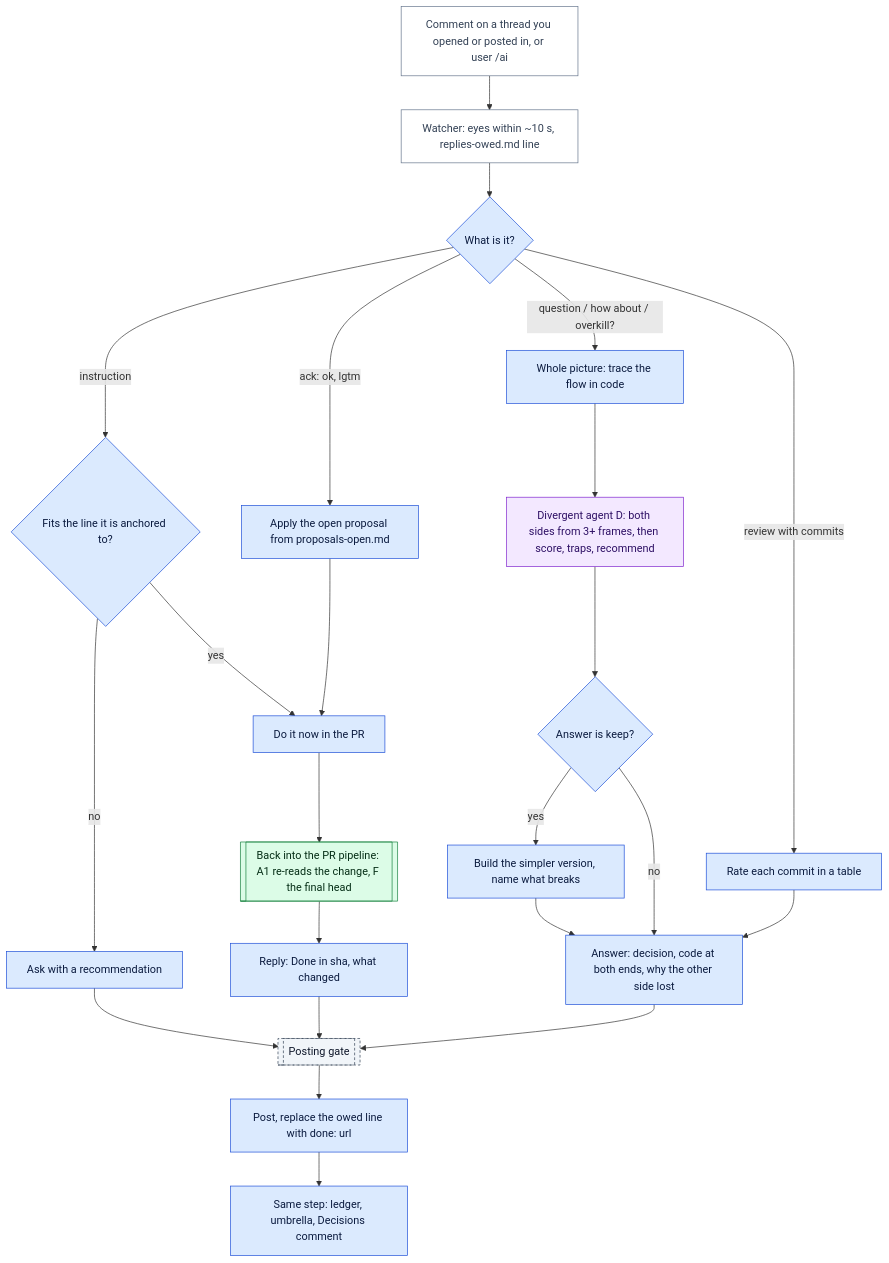
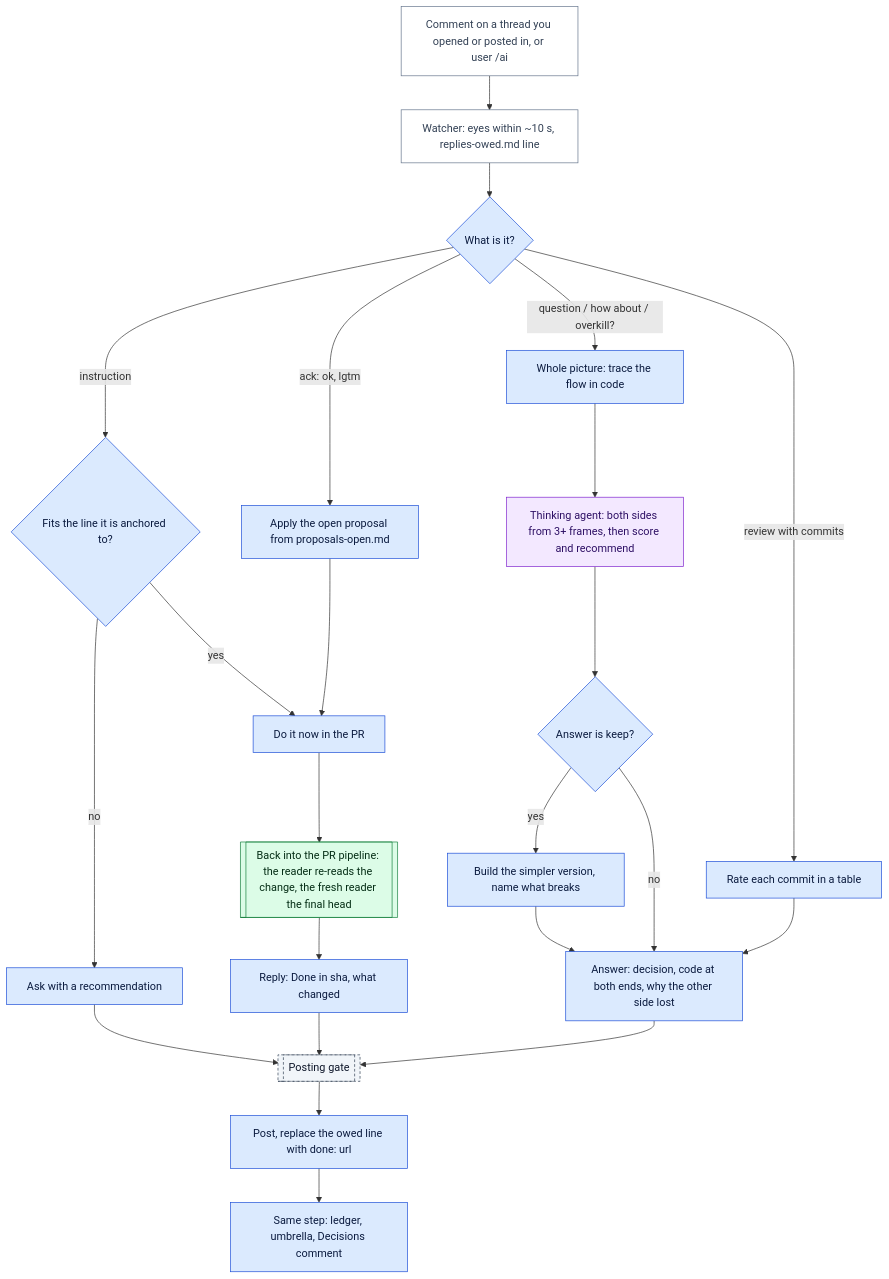
Before and after one commit to nitedani/mergeworthy: the diagram in docs/graphs/4-comment.mmd, drawn with Mermaid. The commit also changed 20 other files, not shown here.

```diff
--- a/docs/graphs/4-comment.mmd
+++ b/docs/graphs/4-comment.mmd
@@ -1,21 +1,21 @@
 flowchart TB
   E[Comment on a thread you opened or posted in, or user /ai]:::ext --> EYES[Watcher: eyes within ~10 s, replies-owed.md line]:::ext
   EYES --> K{What is it?}:::main
   K -->|instruction| FIT{Fits the line it is anchored to?}:::main
   FIT -->|no| ASK[Ask with a recommendation]:::main --> GATE
-  FIT -->|yes| DO[Do it now in the PR]:::main --> RE[[Back into the PR pipeline: A1 re-reads the change, F the final head]]:::reader --> DONE[Reply: Done in sha, what changed]:::main
-  K -->|question / how about / overkill?| PIC[Whole picture: trace the flow in code]:::main --> D[Divergent agent D: both sides from 3+ frames, then score, traps, recommend]:::diverge --> SIMP{Answer is keep?}:::main
+  FIT -->|yes| DO[Do it now in the PR]:::main --> RE[[Back into the PR pipeline: the reader re-reads the change, the fresh reader the final head]]:::reader --> DONE[Reply: Done in sha, what changed]:::main
+  K -->|question / how about / overkill?| PIC[Whole picture: trace the flow in code]:::main --> D[Thinking agent: both sides from 3+ frames, then score and recommend]:::diverge --> SIMP{Answer is keep?}:::main
   SIMP -->|yes| BLD[Build the simpler version, name what breaks]:::main --> ANS
   SIMP -->|no| ANS[Answer: decision, code at both ends, why the other side lost]:::main
   K -->|ack: ok, lgtm| APPLY[Apply the open proposal from proposals-open.md]:::main --> DO
   K -->|review with commits| TBL[Rate each commit in a table]:::main --> ANS
   DONE --> GATE[[Posting gate]]:::gate
   ANS --> GATE
   GATE --> POST[Post, replace the owed line with done: url]:::main --> BOOK[Same step: ledger, umbrella, Decisions comment]:::main
   classDef main fill:#dbeafe,stroke:#1d4ed8,color:#0b1b3f
   classDef reader fill:#dcfce7,stroke:#15803d,color:#052e16
   classDef fresh fill:#fef3c7,stroke:#b45309,color:#3b1d02
   classDef diverge fill:#f3e8ff,stroke:#7e22ce,color:#2e1065
   classDef local fill:#ffe4e6,stroke:#be123c,color:#4c0519
   classDef gate fill:#f1f5f9,stroke:#334155,color:#0f172a,stroke-dasharray:4 3
   classDef ext fill:#ffffff,stroke:#64748b,color:#334155
```
